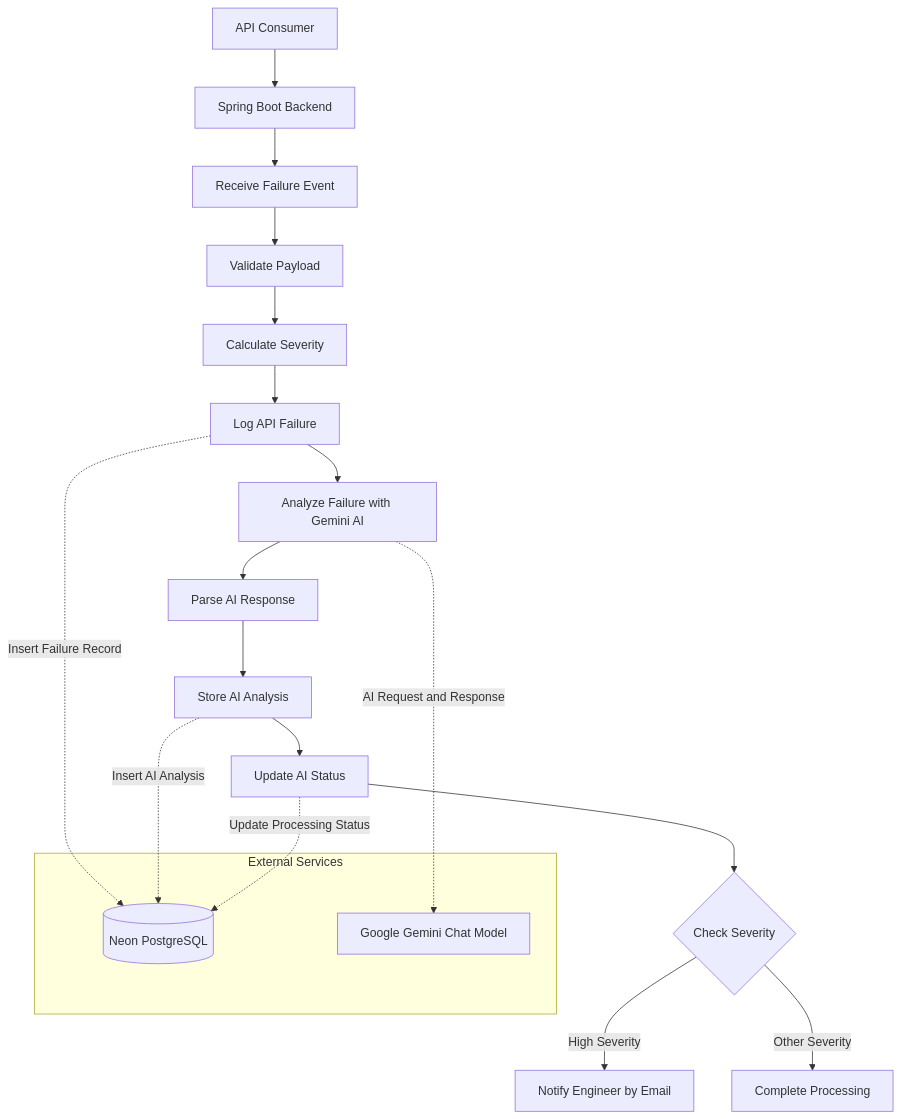
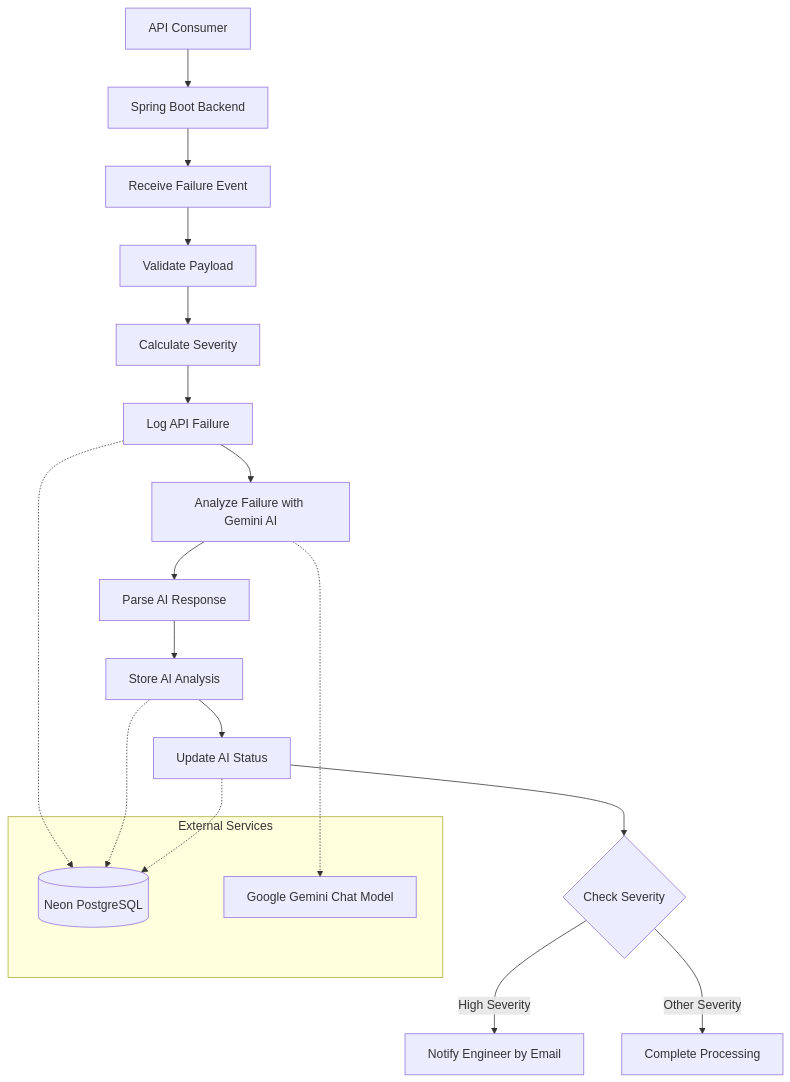
One commit to FarhaSerinNaaz/DevStream changed the diagram in docs/phase2/architecture.md. Above: the diagram before and after it, drawn with Mermaid.

Commit message:
Refactor diagram connections in architecture.md

````diff
--- a/docs/phase2/architecture.md
+++ b/docs/phase2/architecture.md
@@ -39,27 +39,27 @@
 ```mermaid
 flowchart TB
     A[API Consumer] --> B[Spring Boot Backend]
     B --> C[Receive Failure Event]
     C --> D[Validate Payload]
     D --> E[Calculate Severity]
     E --> F[Log API Failure]
     F --> G[Analyze Failure with Gemini AI]
     G --> H[Parse AI Response]
     H --> I[Store AI Analysis]
     I --> J[Update AI Status]
     J --> K{Check Severity}
 
     K -->|High Severity| L[Notify Engineer by Email]
     K -->|Other Severity| M[Complete Processing]
 
     subgraph External Services
         N[(Neon PostgreSQL)]
         O[Google Gemini Chat Model]
     end
 
-    F -. Insert Failure Record .-> N
-    I -. Insert AI Analysis .-> N
-    J -. Update Processing Status .-> N
+    F -.-> N
+    I -.-> N
+    J -.-> N
 
-    G -. AI Request and Response .-> O
+    G -.-> O
 ```
````
